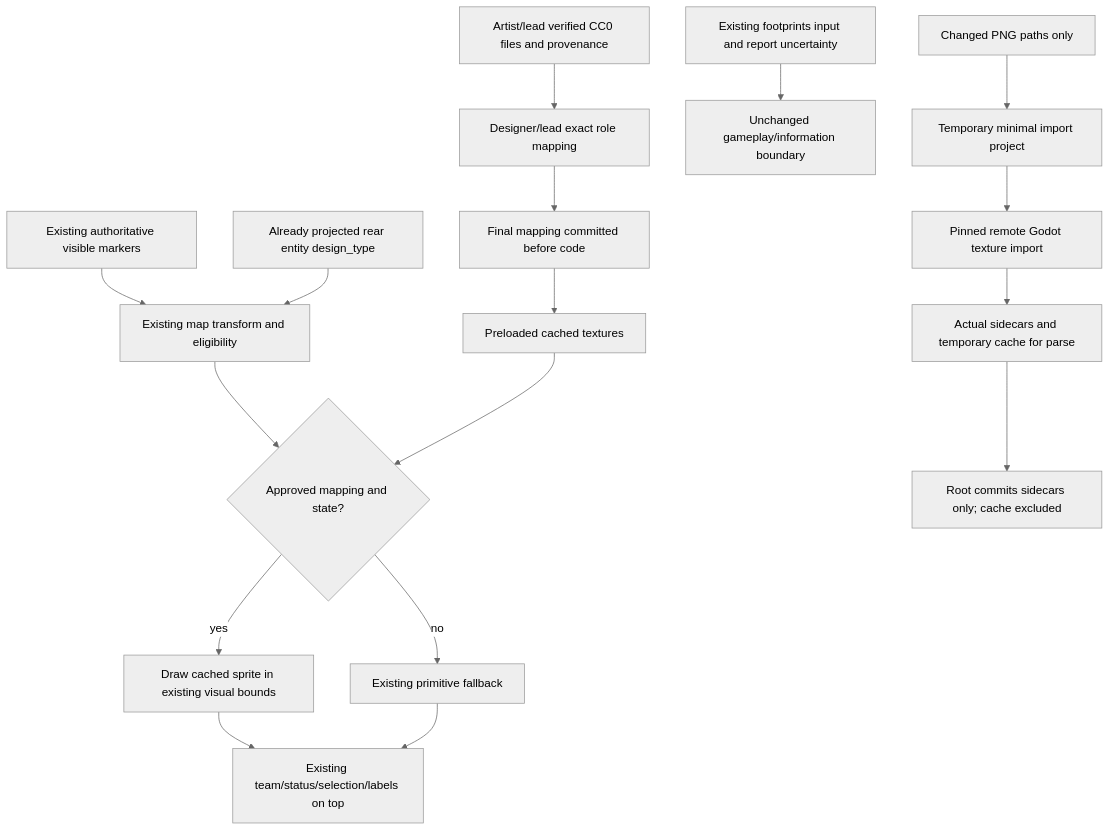
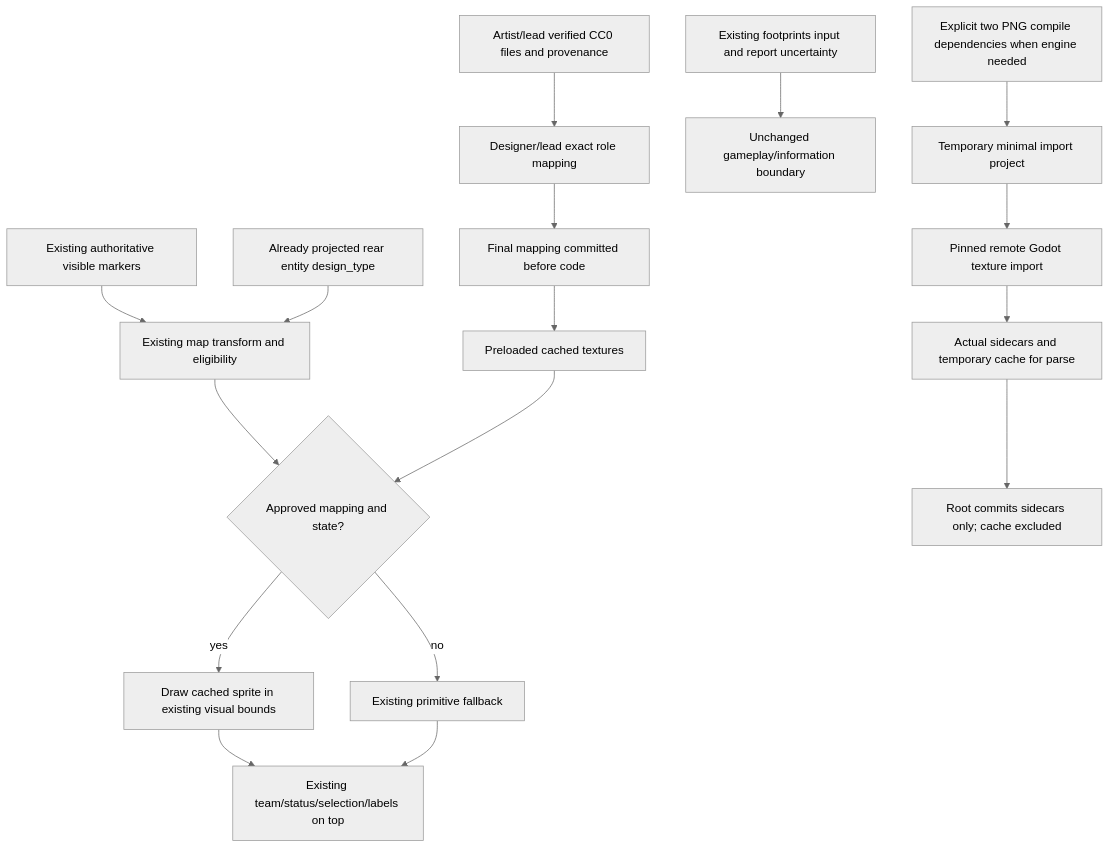
One commit to TheInfinityIQ/Trencho_V4 changed the diagram in docs/diagrams/test_art_rendering.mmd. Above: the diagram before and after it, drawn with Mermaid (neutral theme). The commit also changed 1 other file, not shown here.

Commit message:
Freeze isolated two-texture compile dependency import prerequisite

```diff
--- a/docs/diagrams/test_art_rendering.mmd
+++ b/docs/diagrams/test_art_rendering.mmd
@@ -1,17 +1,17 @@
 flowchart TD
   A[Artist/lead verified CC0 files and provenance] --> B[Designer/lead exact role mapping]
   B --> C[Final mapping committed before code]
   C --> D[Preloaded cached textures]
   E[Existing authoritative visible markers] --> F[Existing map transform and eligibility]
   F --> G{Approved mapping and state?}
   D --> G
   G -->|yes| H[Draw cached sprite in existing visual bounds]
   G -->|no| I[Existing primitive fallback]
   H --> J[Existing team/status/selection/labels on top]
   I --> J
   K[Existing footprints input and report uncertainty] --> L[Unchanged gameplay/information boundary]
-  N[Changed PNG paths only] --> O[Temporary minimal import project]
+  N[Explicit two PNG compile dependencies when engine needed] --> O[Temporary minimal import project]
   O --> P[Pinned remote Godot texture import]
   P --> Q[Actual sidecars and temporary cache for parse]
   Q --> R[Root commits sidecars only; cache excluded]
   S[Already projected rear entity design_type] --> F
```
